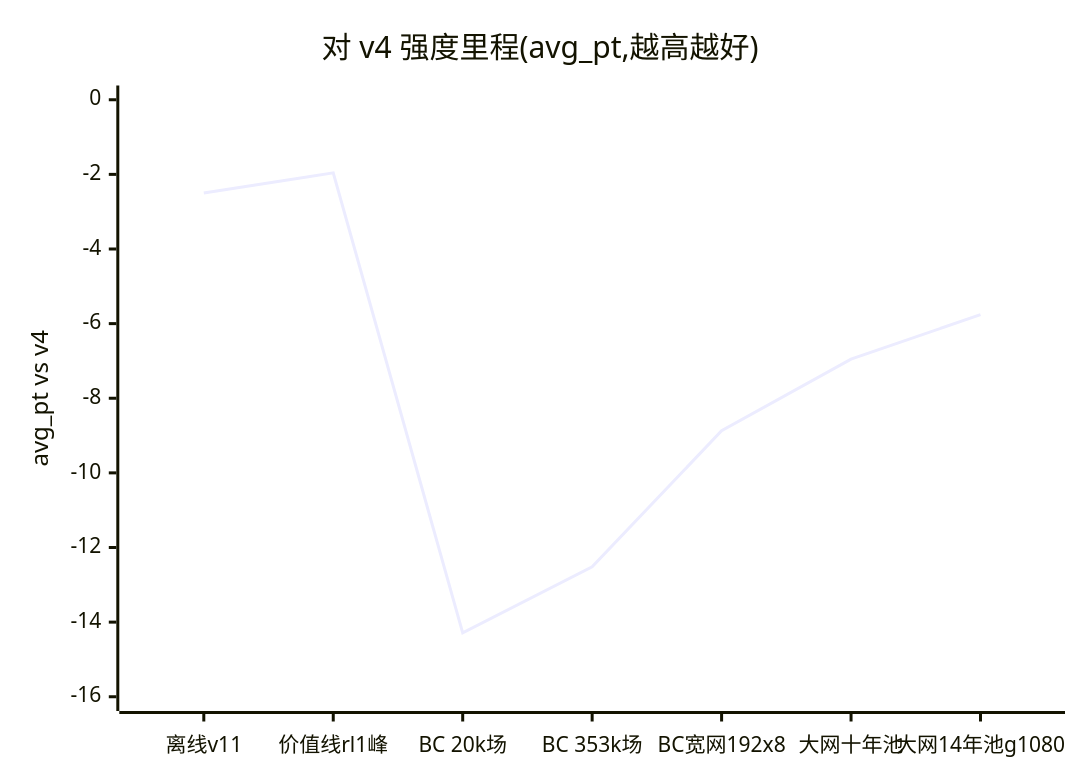
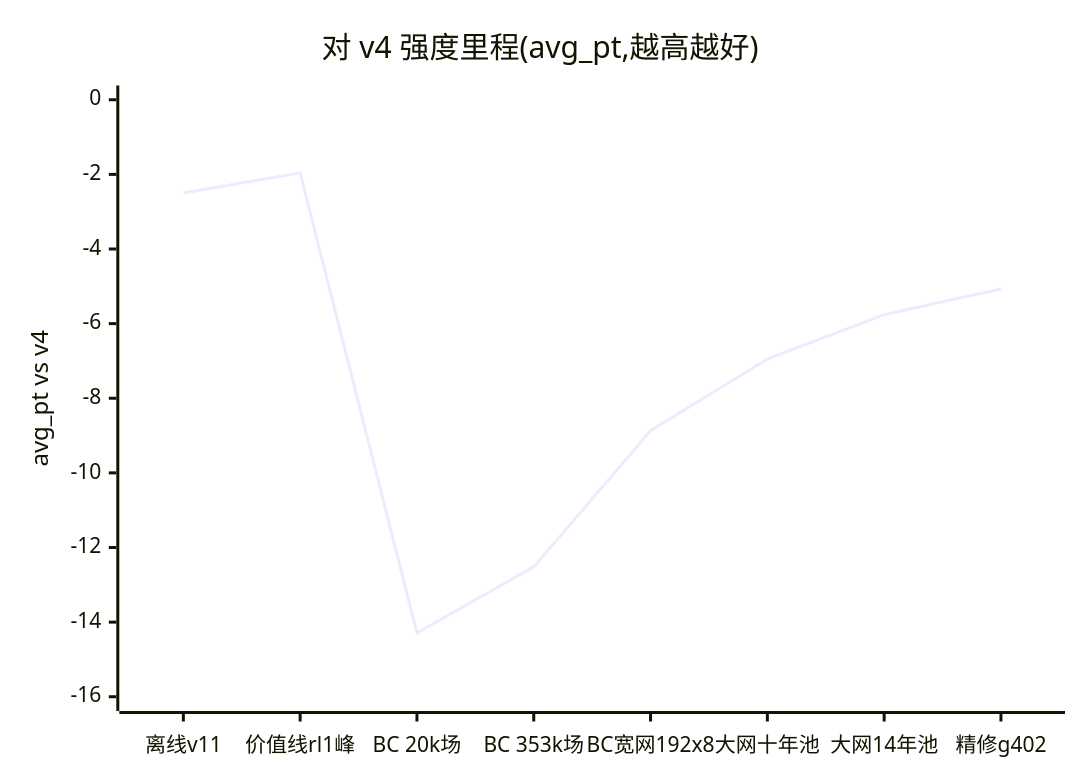
The first of 2 diagrams in README.md (twu3202/TanyaoDojo), drawn with Mermaid before and after one commit. The commit also changed other lines of this file and 1 other file, not shown here.

````diff
--- a/README.md
+++ b/README.md
@@ -14,7 +14,7 @@
 ```mermaid
 xychart-beta
     title "对 v4 强度里程(avg_pt,越高越好)"
-    x-axis ["离线v11", "价值线rl1峰", "BC 20k场", "BC 353k场", "BC宽网192x8", "大网十年池", "大网14年池g1080"]
+    x-axis ["离线v11", "价值线rl1峰", "BC 20k场", "BC 353k场", "BC宽网192x8", "大网十年池", "大网14年池", "精修g402"]
     y-axis "avg_pt vs v4" -16 --> 0
-    line [-2.50, -1.96, -14.29, -12.52, -8.87, -6.95, -5.76]
+    line [-2.50, -1.96, -14.29, -12.52, -8.87, -6.95, -5.76, -5.07]
 ```
````
